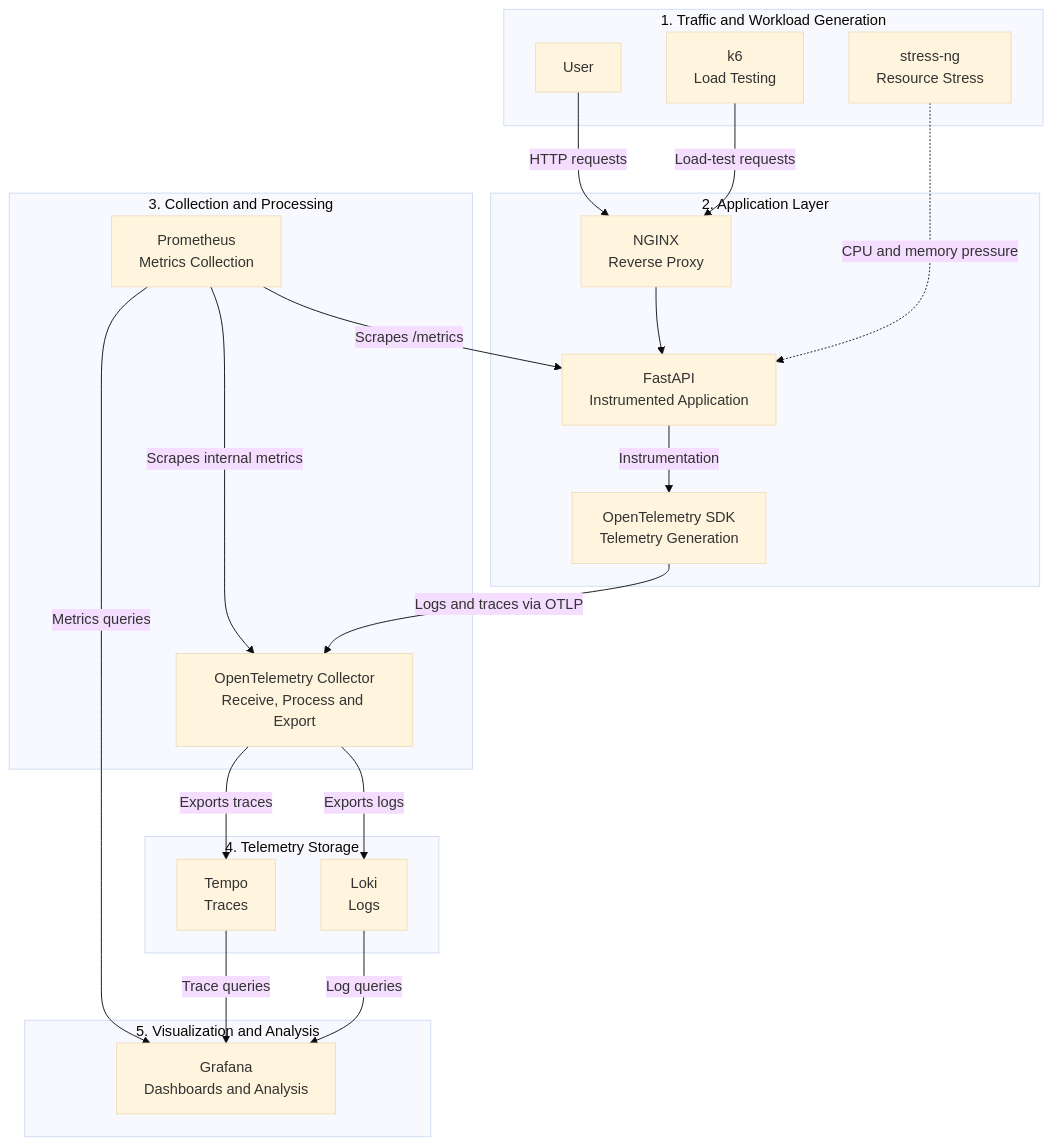
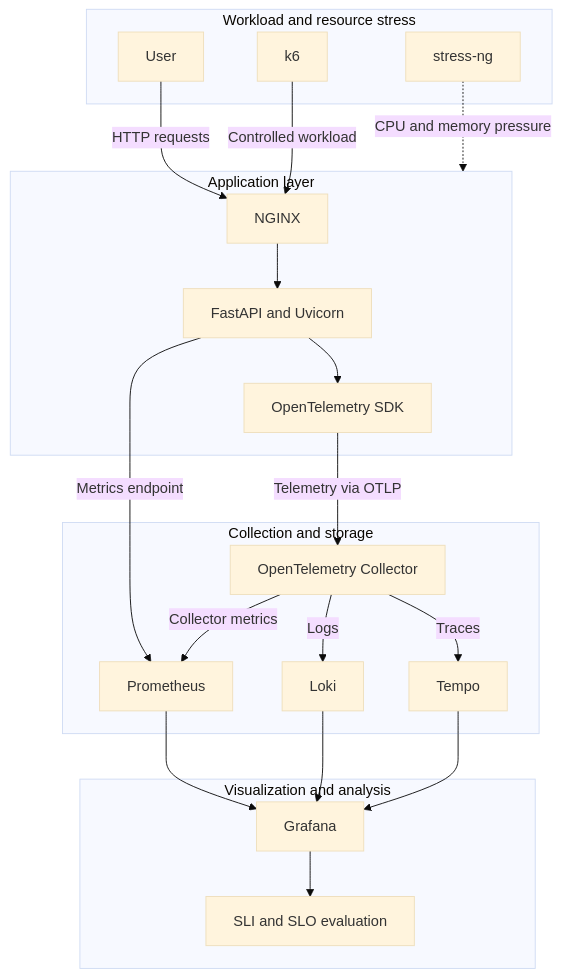
One commit to itamarsb/Observability-Engineering-Framework changed the diagram in README.md. Above: the diagram before and after it, drawn with Mermaid (base theme). The commit also changed other lines of this file, not shown here.

````diff
--- a/README.md
+++ b/README.md
@@ -67,49 +163,44 @@
 ```mermaid
-
 flowchart TB
-    subgraph GEN["1. Traffic and Workload Generation"]
+    subgraph LOAD["Workload and resource stress"]
         USER["User"]
-        K6["k6<br/>Load Testing"]
-        STRESS["stress-ng<br/>Resource Stress"]
+        K6["k6"]
+        STRESS["stress-ng"]
     end
 
-    subgraph APP["2. Application Layer"]
-        NGINX["NGINX<br/>Reverse Proxy"]
-        FASTAPI["FastAPI<br/>Instrumented Application"]
-        OTELSDK["OpenTelemetry SDK<br/>Telemetry Generation"]
+    subgraph APPLICATION["Application layer"]
+        NGINX["NGINX"]
+        API["FastAPI and Uvicorn"]
+        OTELSDK["OpenTelemetry SDK"]
     end
 
-    subgraph COL["3. Collection and Processing"]
-        OTELCOL["OpenTelemetry Collector<br/>Receive, Process and Export"]
-        PROM["Prometheus<br/>Metrics Collection"]
+    subgraph COLLECTION["Collection and storage"]
+        COLLECTOR["OpenTelemetry Collector"]
+        PROMETHEUS["Prometheus"]
+        LOKI["Loki"]
+        TEMPO["Tempo"]
     end
 
-    subgraph STORE["4. Telemetry Storage"]
-        LOKI["Loki<br/>Logs"]
-        TEMPO["Tempo<br/>Traces"]
-    end
-
-    subgraph VIEW["5. Visualization and Analysis"]
-        GRAFANA["Grafana<br/>Dashboards and Analysis"]
+    subgraph ANALYSIS["Visualization and analysis"]
+        GRAFANA["Grafana"]
+        SLO["SLI and SLO evaluation"]
     end
 
     USER -->|HTTP requests| NGINX
-    K6 -->|Load-test requests| NGINX
-    NGINX --> FASTAPI
+    K6 -->|Controlled workload| NGINX
+    NGINX --> API
+    STRESS -.->|CPU and memory pressure| APPLICATION
 
-    STRESS -.->|CPU and memory pressure| FASTAPI
+    API --> OTELSDK
+    API -->|Metrics endpoint| PROMETHEUS
+    OTELSDK -->|Telemetry via OTLP| COLLECTOR
 
-    FASTAPI -->|Instrumentation| OTELSDK
-    OTELSDK -->|Logs and traces via OTLP| OTELCOL
+    COLLECTOR -->|Logs| LOKI
+    COLLECTOR -->|Traces| TEMPO
+    COLLECTOR -->|Collector metrics| PROMETHEUS
 
-    PROM -->|Scrapes /metrics| FASTAPI
-    PROM -->|Scrapes internal metrics| OTELCOL
-
-    OTELCOL -->|Exports logs| LOKI
-    OTELCOL -->|Exports traces| TEMPO
-
-    PROM -->|Metrics queries| GRAFANA
-    LOKI -->|Log queries| GRAFANA
-    TEMPO -->|Trace queries| GRAFANA
-
+    PROMETHEUS --> GRAFANA
+    LOKI --> GRAFANA
+    TEMPO --> GRAFANA
+    GRAFANA --> SLO
 ```
````
